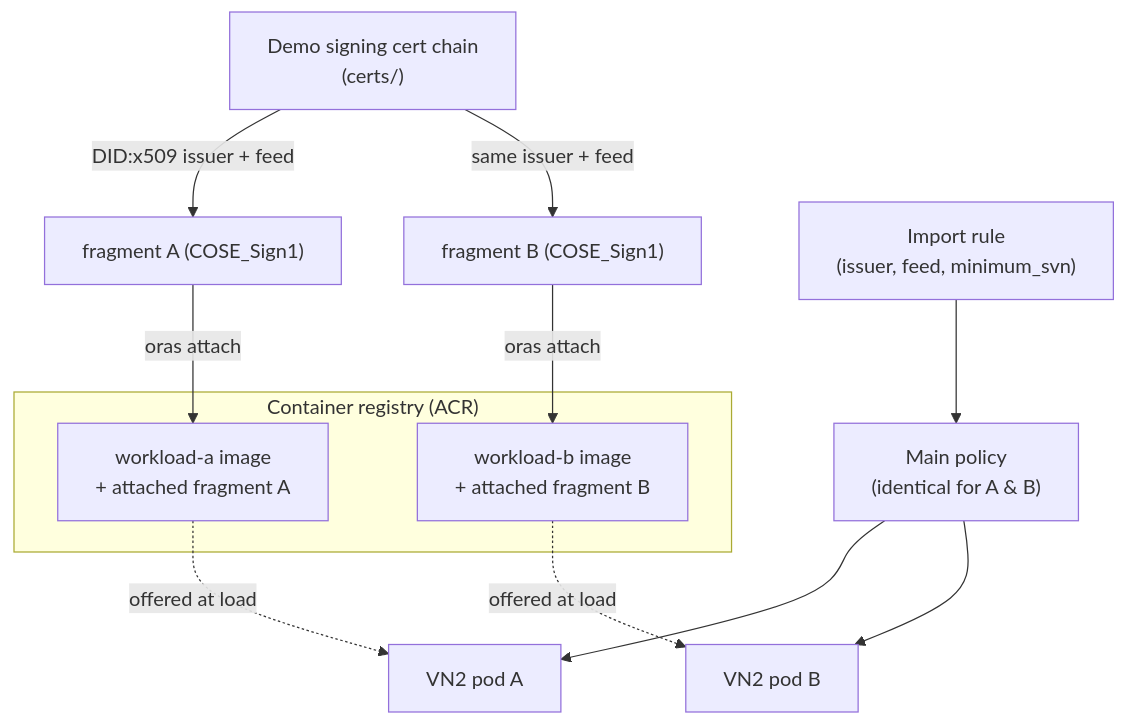
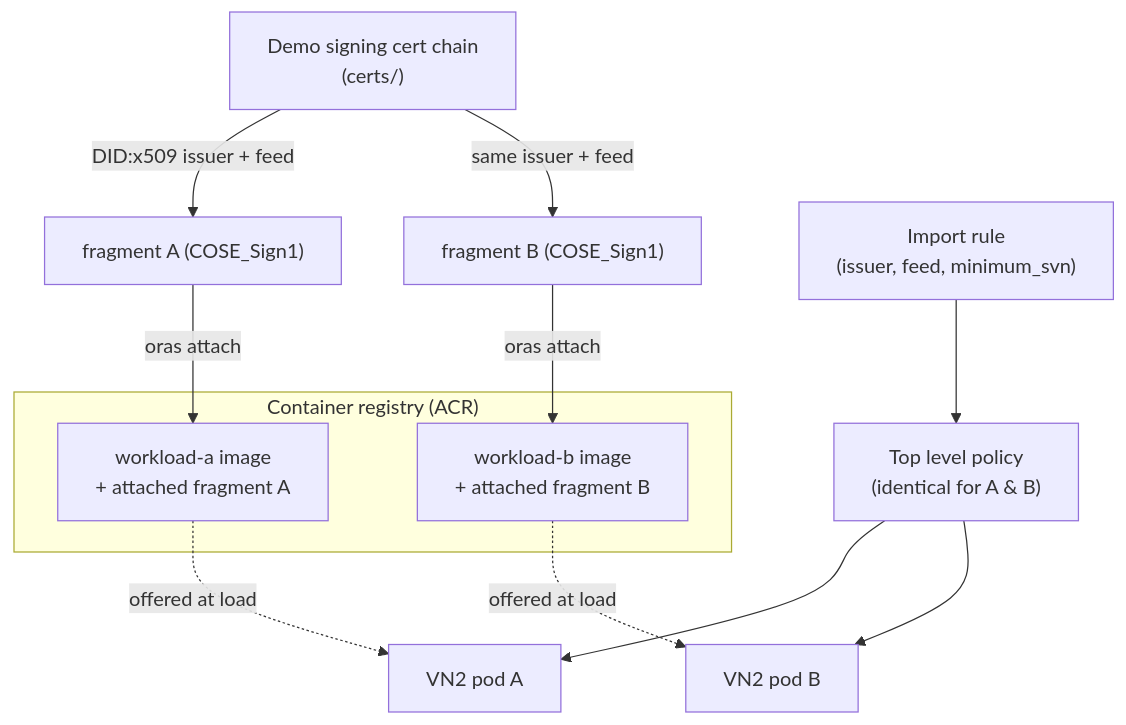
Before and after one commit to microsoft/confidential-aci-examples: the diagram in examples/fragments/fragment-vn2/README.md, drawn with Mermaid. The commit also changed other lines of this file and 2 other files, not shown here.

First line of the commit message:
Add a README with full explanation of the stable policy via fragment scheme

````diff
--- a/examples/fragments/fragment-vn2/README.md
+++ b/examples/fragments/fragment-vn2/README.md
@@ -56,16 +87,16 @@
 ```mermaid
 flowchart TD
     subgraph Registry["Container registry (ACR)"]
         IA["workload-a image<br/>+ attached fragment A"]
         IB["workload-b image<br/>+ attached fragment B"]
     end
     Chain["Demo signing cert chain<br/>(certs/)"] -->|"DID:x509 issuer + feed"| FragA["fragment A (COSE_Sign1)"]
     Chain -->|"same issuer + feed"| FragB["fragment B (COSE_Sign1)"]
     FragA -->|oras attach| IA
     FragB -->|oras attach| IB
-    Rule["Import rule<br/>(issuer, feed, minimum_svn)"] --> MainPolicy["Main policy<br/>(identical for A & B)"]
+    Rule["Import rule<br/>(issuer, feed, minimum_svn)"] --> MainPolicy["Top level policy<br/>(identical for A & B)"]
     MainPolicy --> PodA["VN2 pod A"]
     MainPolicy --> PodB["VN2 pod B"]
     IA -.->|"offered at load"| PodA
     IB -.->|"offered at load"| PodB
 ```
````
